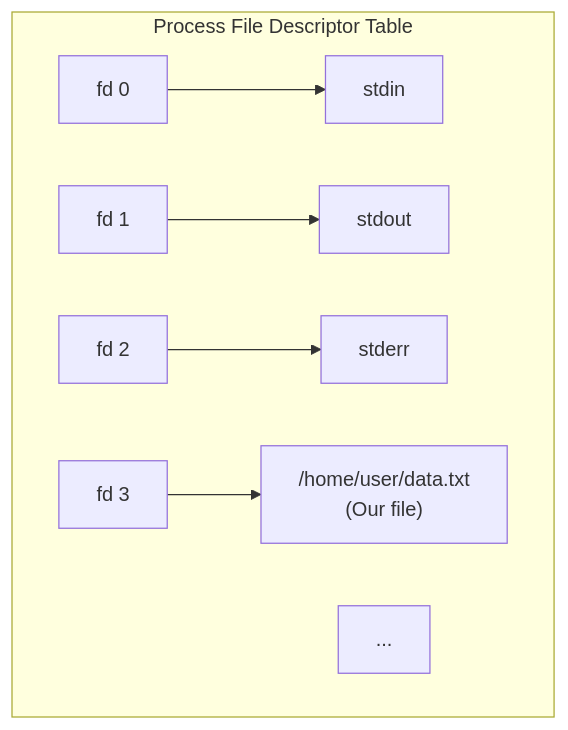
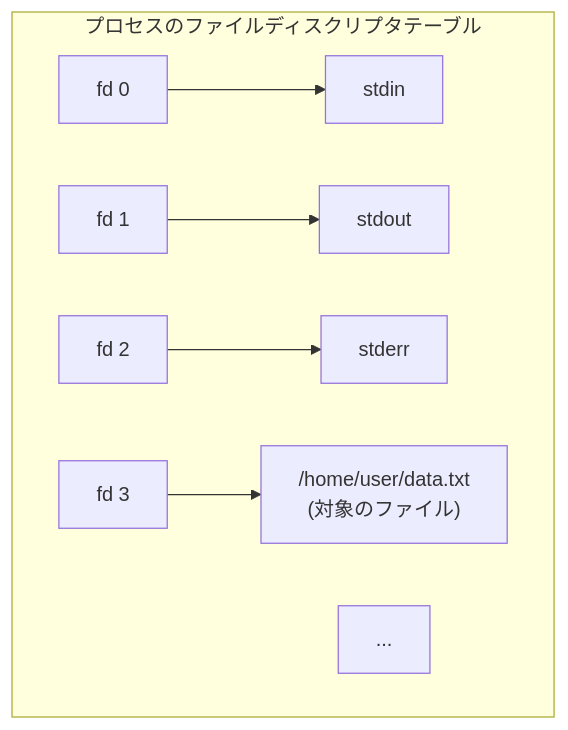
Before and after one commit to doguto/linux-kernel-internals-jp: the third of 8 diagrams in docs/mm/life-of-read.md, drawn with Mermaid. The commit also changed other lines of this file and 27 other files, not shown here.

````diff
--- a/docs/mm/life-of-read.md
+++ b/docs/mm/life-of-read.md
@@ -116,11 +116,11 @@
 ```mermaid
 flowchart LR
-    subgraph fdtable["Process File Descriptor Table"]
+    subgraph fdtable["プロセスのファイルディスクリプタテーブル"]
         direction LR
         FD0["fd 0"] --> STDIN["stdin"]
         FD1["fd 1"] --> STDOUT["stdout"]
         FD2["fd 2"] --> STDERR["stderr"]
-        FD3["fd 3"] --> FILE["/home/user/data.txt<br/>(Our file)"]
+        FD3["fd 3"] --> FILE["/home/user/data.txt<br/>(対象のファイル)"]
         FD4["..."]
     end
 ```
````
